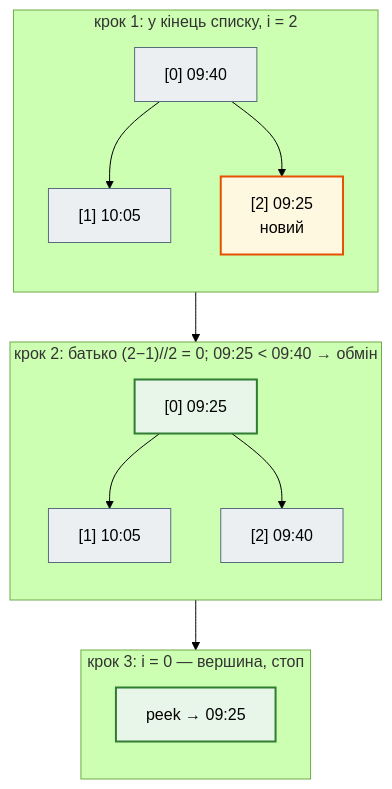
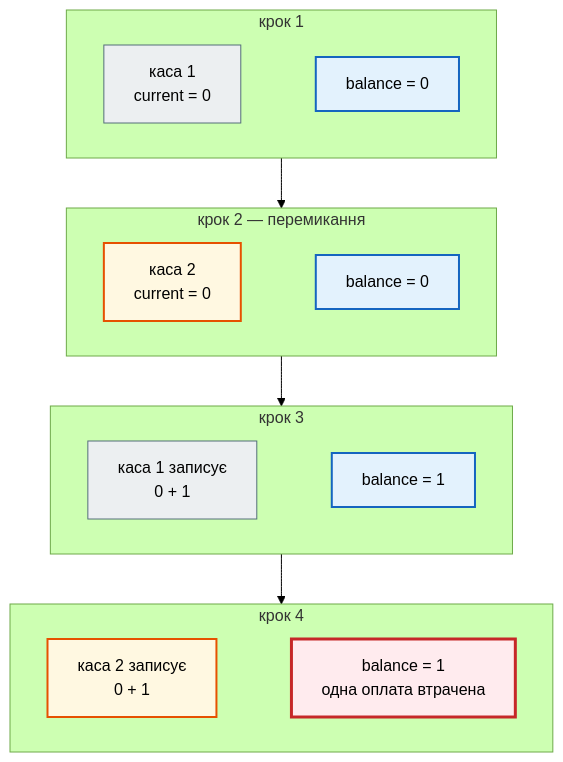
The third of 6 diagrams in docs/modules/m2/lesson_28.md (AlinaRadchenko/PY-Course-Victor-Nikoriak-22-09-2026), drawn with Mermaid (forest theme) before and after one commit. The commit also changed other lines of this file and 1846 other files, not shown here.

````diff
--- a/docs/modules/m2/lesson_28.md
+++ b/docs/modules/m2/lesson_28.md
@@ -323,29 +219,31 @@
 ```mermaid
 flowchart TD
     classDef step     fill:#eceff1,stroke:#546e7a,stroke-width:1px;
     classDef decision fill:#e3f2fd,stroke:#1565c0,stroke-width:2px;
     classDef success  fill:#e8f5e9,stroke:#2e7d32,stroke-width:2px;
     classDef error    fill:#ffebee,stroke:#c62828,stroke-width:3px;
     classDef warning  fill:#fff8e1,stroke:#e65100,stroke-width:2px;
 
-    subgraph K1["крок 1: у кінець списку, i = 2"]
-        direction TB
-        A0["[0] 09:40"] --> A1["[1] 10:05"]
-        A0 --> A2["[2] 09:25<br>новий"]
+    subgraph K1["крок 1"]
+        direction LR
+        A1["каса 1<br>current = 0"] ~~~ B1["balance = 0"]
     end
-    subgraph K2["крок 2: батько (2−1)//2 = 0; 09:25 < 09:40 → обмін"]
-        direction TB
-        B0["[0] 09:25"] --> B1["[1] 10:05"]
-        B0 --> B2["[2] 09:40"]
+    subgraph K2["крок 2 — перемикання"]
+        direction LR
+        A2["каса 2<br>current = 0"] ~~~ B2["balance = 0"]
     end
-    subgraph K3["крок 3: i = 0 — вершина, стоп"]
-        direction TB
-        C0["peek → 09:25"]
+    subgraph K3["крок 3"]
+        direction LR
+        A3["каса 1 записує<br>0 + 1"] ~~~ B3["balance = 1"]
     end
-    K1 --> K2 --> K3
+    subgraph K4["крок 4"]
+        direction LR
+        A4["каса 2 записує<br>0 + 1"] ~~~ B4["balance = 1<br>одна оплата втрачена"]
+    end
+    K1 --> K2 --> K3 --> K4
 
-    class A0,A1,B1,B2 step
-    class A2 warning
-    class B0 success
-    class C0 success
+    class A1,A3 step
+    class A2,A4 warning
+    class B1,B2,B3 decision
+    class B4 error
 ```
````
